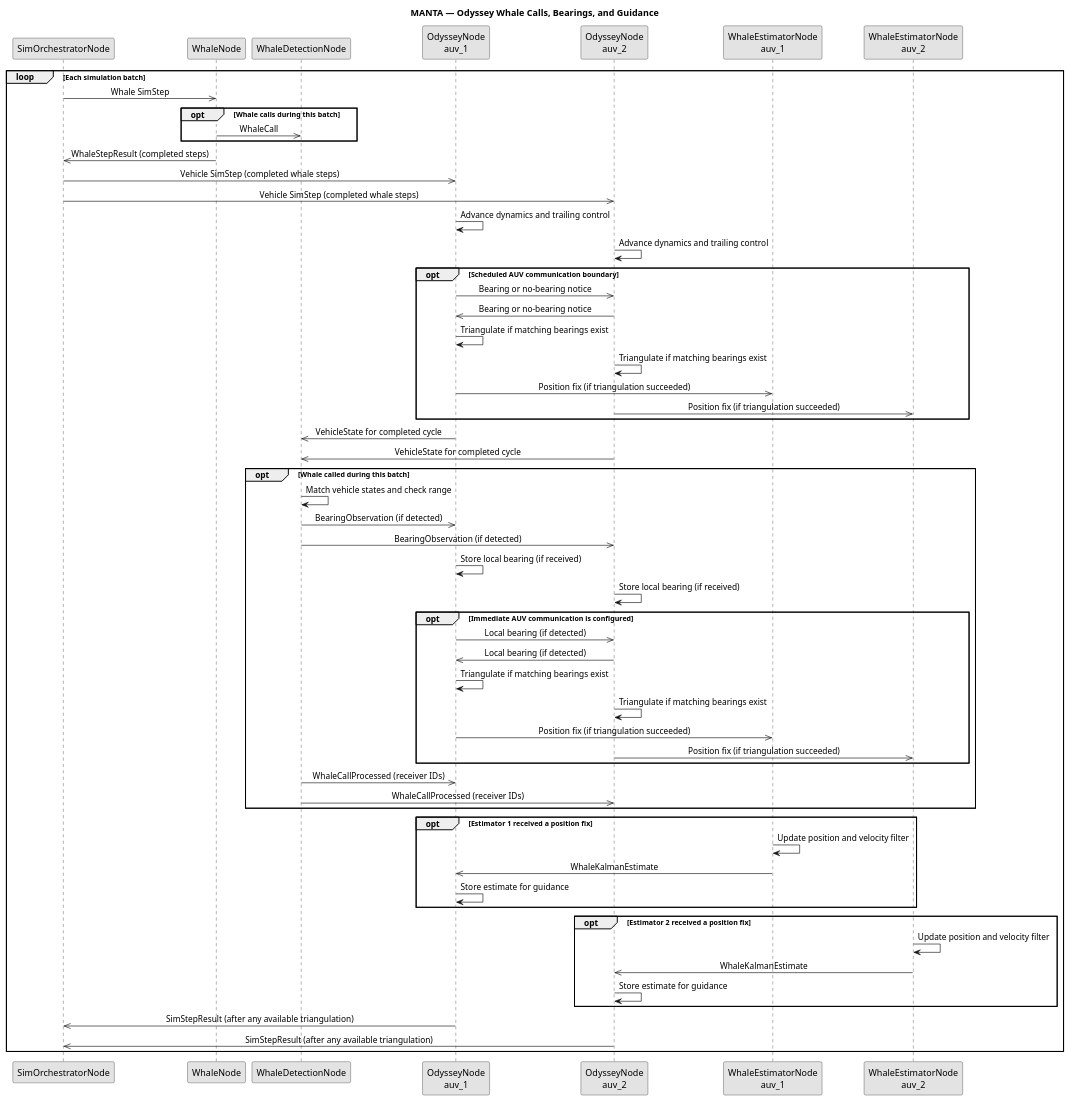
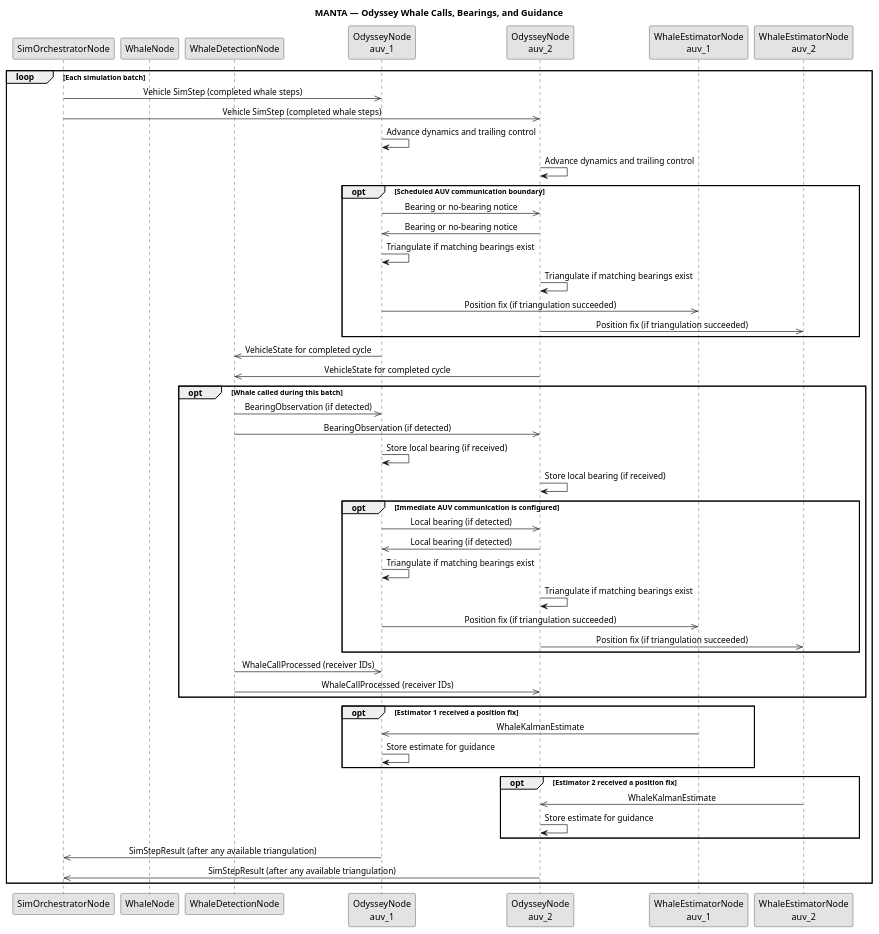
Before and after one commit to Tebcherani/MANTA: the diagram in components/manta_odyssey/docs/odyssey_sequence.puml, drawn with PlantUML.

Commit message:
Updated odyssey doc

```diff
--- a/components/manta_odyssey/docs/odyssey_sequence.puml
+++ b/components/manta_odyssey/docs/odyssey_sequence.puml
@@ -1,73 +1,65 @@
 @startuml
 title MANTA — Odyssey Whale Calls, Bearings, and Guidance
 
 skinparam monochrome true
 skinparam shadowing false
 skinparam sequenceMessageAlign center
 skinparam responseMessageBelowArrow true
 
 participant "SimOrchestratorNode" as Orchestrator
 participant "WhaleNode" as Whale
 participant "WhaleDetectionNode" as Detection
 participant "OdysseyNode\nauv_1" as AUV1
 participant "OdysseyNode\nauv_2" as AUV2
 participant "WhaleEstimatorNode\nauv_1" as Estimator1
 participant "WhaleEstimatorNode\nauv_2" as Estimator2
 
 loop Each simulation batch
-    Orchestrator ->> Whale : Whale SimStep
-    opt Whale calls during this batch
-        Whale ->> Detection : WhaleCall
-    end
-    Whale ->> Orchestrator : WhaleStepResult (completed steps)
     Orchestrator ->> AUV1 : Vehicle SimStep (completed whale steps)
     Orchestrator ->> AUV2 : Vehicle SimStep (completed whale steps)
     AUV1 -> AUV1 : Advance dynamics and trailing control
     AUV2 -> AUV2 : Advance dynamics and trailing control
 
     opt Scheduled AUV communication boundary
         AUV1 ->> AUV2 : Bearing or no-bearing notice
         AUV2 ->> AUV1 : Bearing or no-bearing notice
         AUV1 -> AUV1 : Triangulate if matching bearings exist
         AUV2 -> AUV2 : Triangulate if matching bearings exist
         AUV1 ->> Estimator1 : Position fix (if triangulation succeeded)
         AUV2 ->> Estimator2 : Position fix (if triangulation succeeded)
     end
 
     AUV1 ->> Detection : VehicleState for completed cycle
     AUV2 ->> Detection : VehicleState for completed cycle
     opt Whale called during this batch
-        Detection -> Detection : Match vehicle states and check range
         Detection ->> AUV1 : BearingObservation (if detected)
         Detection ->> AUV2 : BearingObservation (if detected)
         AUV1 -> AUV1 : Store local bearing (if received)
         AUV2 -> AUV2 : Store local bearing (if received)
         opt Immediate AUV communication is configured
             AUV1 ->> AUV2 : Local bearing (if detected)
             AUV2 ->> AUV1 : Local bearing (if detected)
             AUV1 -> AUV1 : Triangulate if matching bearings exist
             AUV2 -> AUV2 : Triangulate if matching bearings exist
             AUV1 ->> Estimator1 : Position fix (if triangulation succeeded)
             AUV2 ->> Estimator2 : Position fix (if triangulation succeeded)
         end
         Detection ->> AUV1 : WhaleCallProcessed (receiver IDs)
         Detection ->> AUV2 : WhaleCallProcessed (receiver IDs)
     end
 
     opt Estimator 1 received a position fix
-        Estimator1 -> Estimator1 : Update position and velocity filter
         Estimator1 ->> AUV1 : WhaleKalmanEstimate
         AUV1 -> AUV1 : Store estimate for guidance
     end
 
     opt Estimator 2 received a position fix
-        Estimator2 -> Estimator2 : Update position and velocity filter
         Estimator2 ->> AUV2 : WhaleKalmanEstimate
         AUV2 -> AUV2 : Store estimate for guidance
     end
 
     AUV1 ->> Orchestrator : SimStepResult (after any available triangulation)
     AUV2 ->> Orchestrator : SimStepResult (after any available triangulation)
 end
 
 @enduml
```
